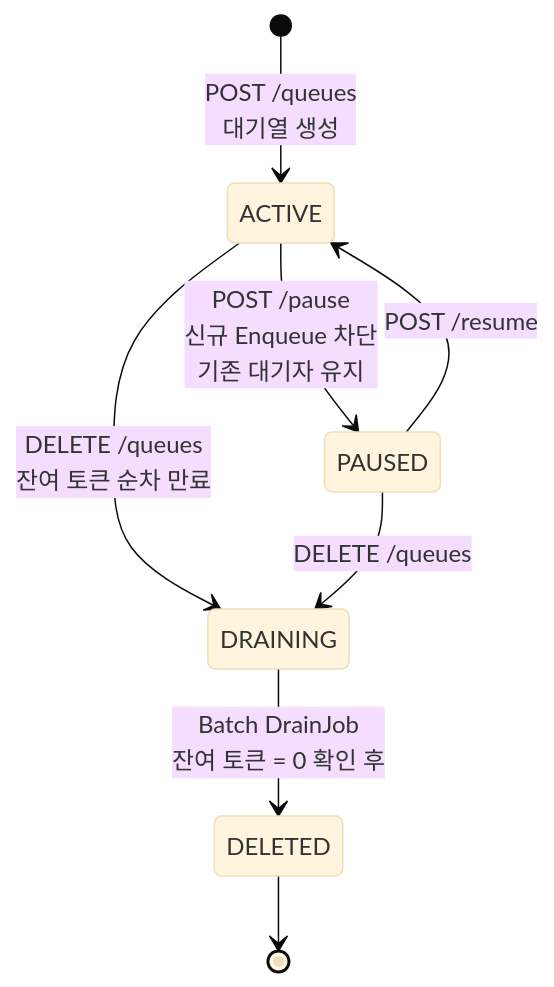
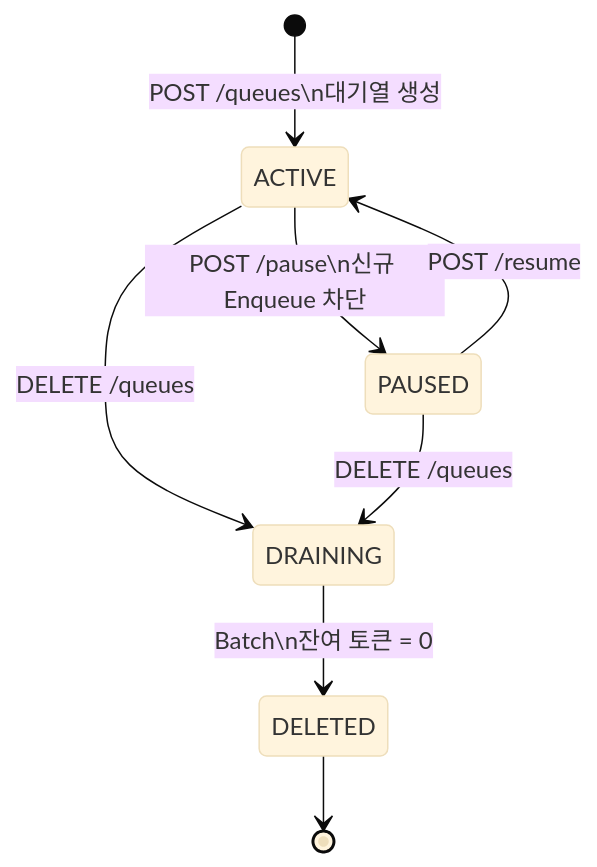
The second of 3 diagrams in doc/STATE.md (S-Onix/queue-platform), drawn with Mermaid (base theme) before and after one commit. The commit also changed other lines of this file and 7 other files, not shown here.

````diff
--- a/doc/STATE.md
+++ b/doc/STATE.md
@@ -57,14 +60,14 @@
 ```mermaid
 stateDiagram-v2
-    [*] --> ACTIVE : POST /queues<br/>대기열 생성
+    [*] --> ACTIVE : POST /queues\n대기열 생성
 
-    ACTIVE --> PAUSED : POST /pause<br/>신규 Enqueue 차단<br/>기존 대기자 유지
+    ACTIVE --> PAUSED : POST /pause\n신규 Enqueue 차단
     PAUSED --> ACTIVE : POST /resume
 
-    ACTIVE --> DRAINING : DELETE /queues<br/>잔여 토큰 순차 만료
+    ACTIVE --> DRAINING : DELETE /queues
     PAUSED --> DRAINING : DELETE /queues
 
-    DRAINING --> DELETED : Batch DrainJob<br/>잔여 토큰 = 0 확인 후
+    DRAINING --> DELETED : Batch\n잔여 토큰 = 0
 
     DELETED --> [*]
 ```
````
